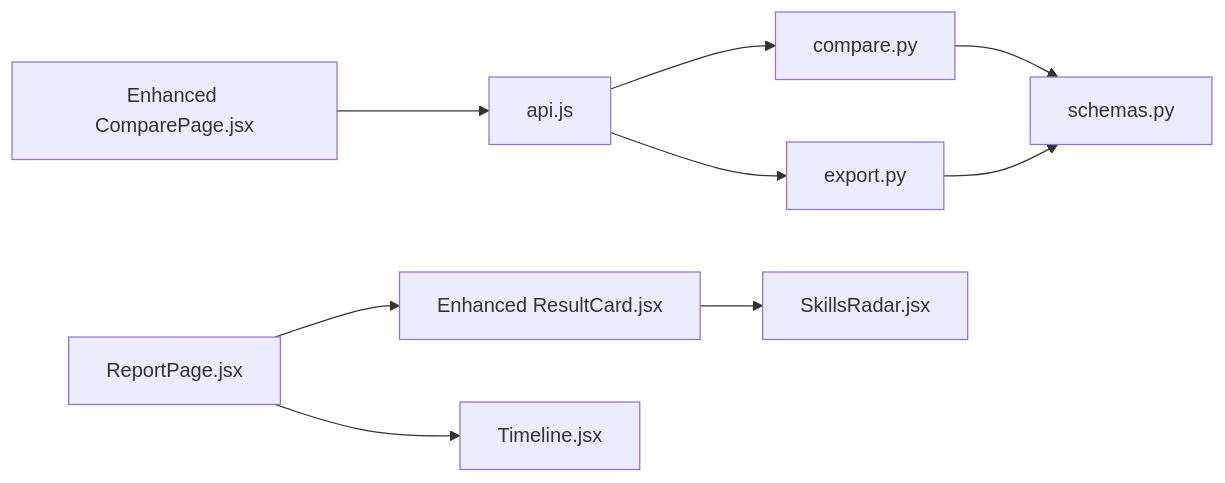
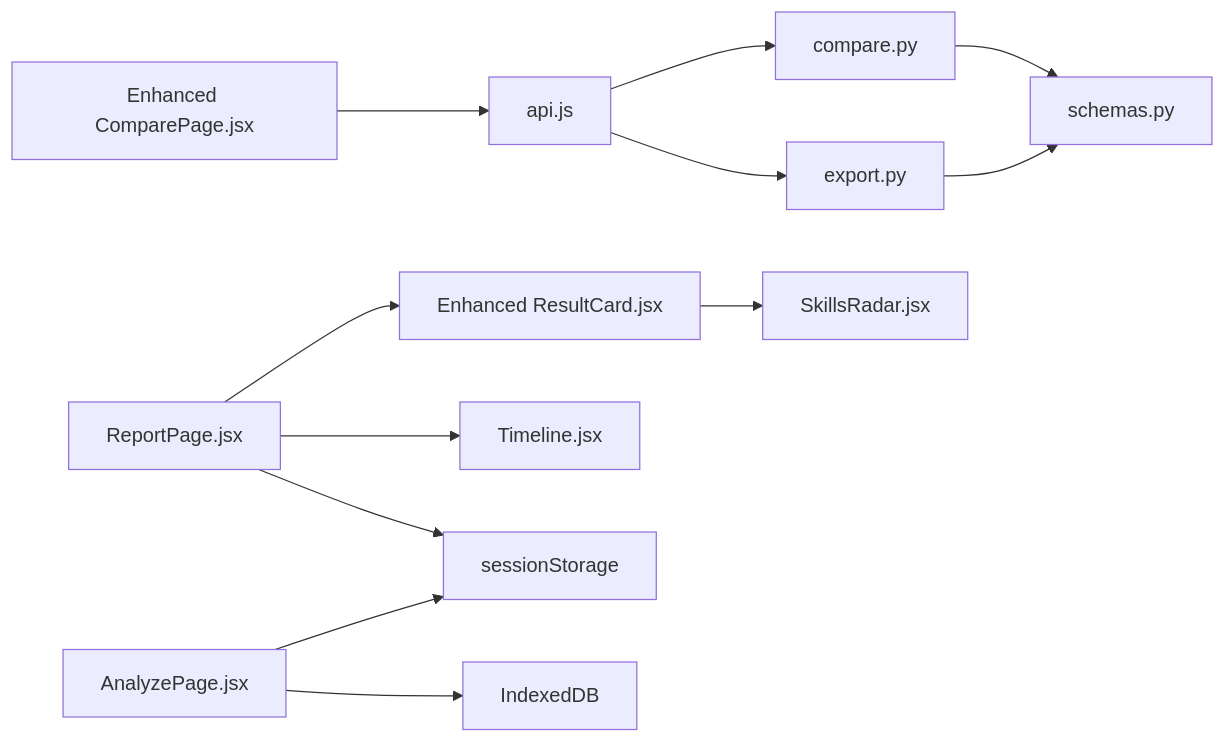
One commit to Revanththetalogics/aireume changed the tenth of 10 diagrams in .qoder/repowiki/en/content/Reporting & Analytics/Comparison & Visualization.md. Above: the diagram before and after it, drawn with Mermaid. The commit also changed other lines of this file and 15 other files, not shown here.

````diff
--- a/.qoder/repowiki/en/content/Reporting & Analytics/Comparison & Visualization.md
+++ b/.qoder/repowiki/en/content/Reporting & Analytics/Comparison & Visualization.md
@@ -360,11 +415,14 @@
 ```mermaid
 graph LR
 CP["Enhanced ComparePage.jsx"] --> API["api.js"]
 RC["Enhanced ResultCard.jsx"] --> SR["SkillsRadar.jsx"]
 RP["ReportPage.jsx"] --> RC
 RP --> TL["Timeline.jsx"]
+AP["AnalyzePage.jsx"] --> SESSION["sessionStorage"]
+AP --> IDB["IndexedDB"]
 API --> CMP["compare.py"]
 API --> EXP["export.py"]
 CMP --> SCH["schemas.py"]
 EXP --> SCH
+RP --> SESSION
 ```
````
